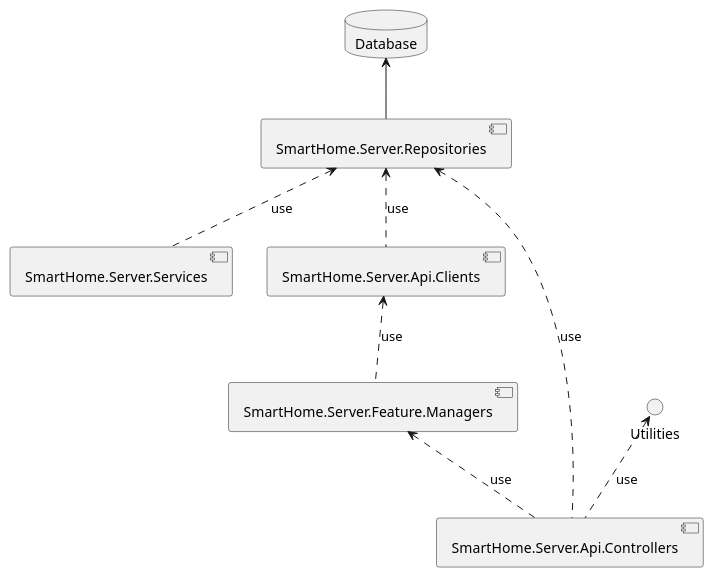
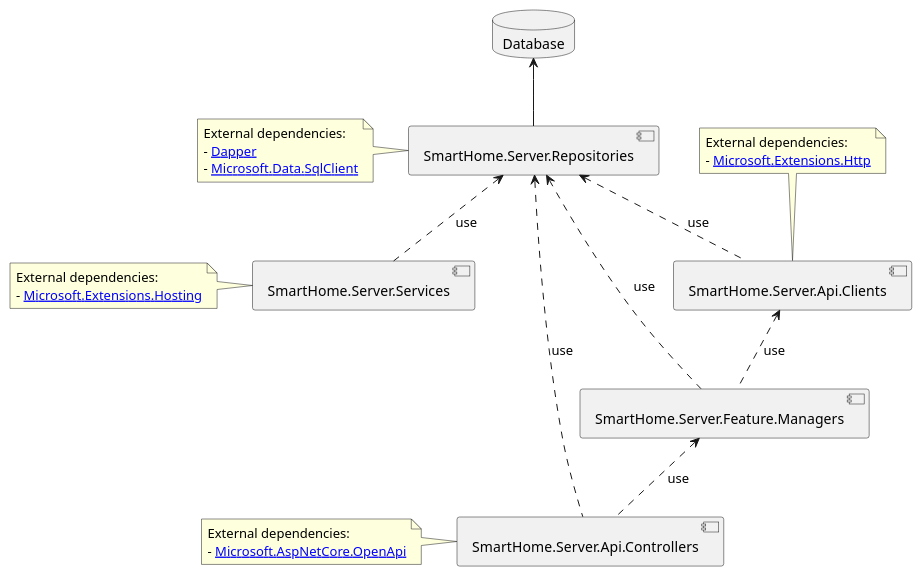
Before and after one commit to JakubMiodunka/smart-home: the diagram in doc/Server/uml/components.pu, drawn with PlantUML.

Commit message:
[#40] Updating component UML diagram with external dependencies.

```diff
--- a/doc/Server/uml/components.pu
+++ b/doc/Server/uml/components.pu
@@ -1,21 +1,43 @@
 @startuml
 
 database Database
+component "SmartHome.Server.Repositories" as Repositories
+component "SmartHome.Server.Api.Clients" as ApiClients
+component "SmartHome.Server.Feature.Managers" as FeatureManagers
+component "SmartHome.Server.Services" as Services
+component "SmartHome.Server.Api.Controllers" as ApiControllers
 
-component "SmartHome.Server.Repositories" as Repositories
-component "SmartHome.Server.Services" as Services
-component "SmartHome.Server.Feature.Managers" as FeatureManagers
-component "SmartHome.Server.Api.Clients" as ApiClients
-component "SmartHome.Server.Api.Controllers" as ApiControllers
 
 Database <-- Repositories
 
+Repositories <.. ApiControllers : use
+Repositories <.. ApiClients : use
+Repositories <.. FeatureManagers : use
+Repositories <.. Services : use
 
-Repositories <.. ApiClients : use
-Repositories <.. Services : use
+FeatureManagers <.. ApiControllers : use
+
 ApiClients <.. FeatureManagers : use
-FeatureManagers <.. ApiControllers : use
-Repositories <.. ApiControllers : use
-Utilities <.. ApiControllers : use
+
+note left of Repositories
+    External dependencies:
+    - [[https://www.nuget.org/packages/Dapper{NuGet Page} Dapper]]
+    - [[https://www.nuget.org/packages/Microsoft.Data.SqlClient{NuGet Page} Microsoft.Data.SqlClient]]
+end note
+
+note top of ApiClients
+    External dependencies:
+    - [[https://www.nuget.org/packages/Microsoft.Extensions.Http{NuGet Page} Microsoft.Extensions.Http]]
+end note
+
+note left of Services
+    External dependencies:
+    - [[https://www.nuget.org/packages/Microsoft.Extensions.Hosting{NuGet Page} Microsoft.Extensions.Hosting]]
+end note
+
+note left of ApiControllers
+    External dependencies:
+    - [[https://www.nuget.org/packages/Microsoft.AspNetCore.OpenApi{NuGet Page} Microsoft.AspNetCore.OpenApi]]
+end note
 
 @enduml
```
